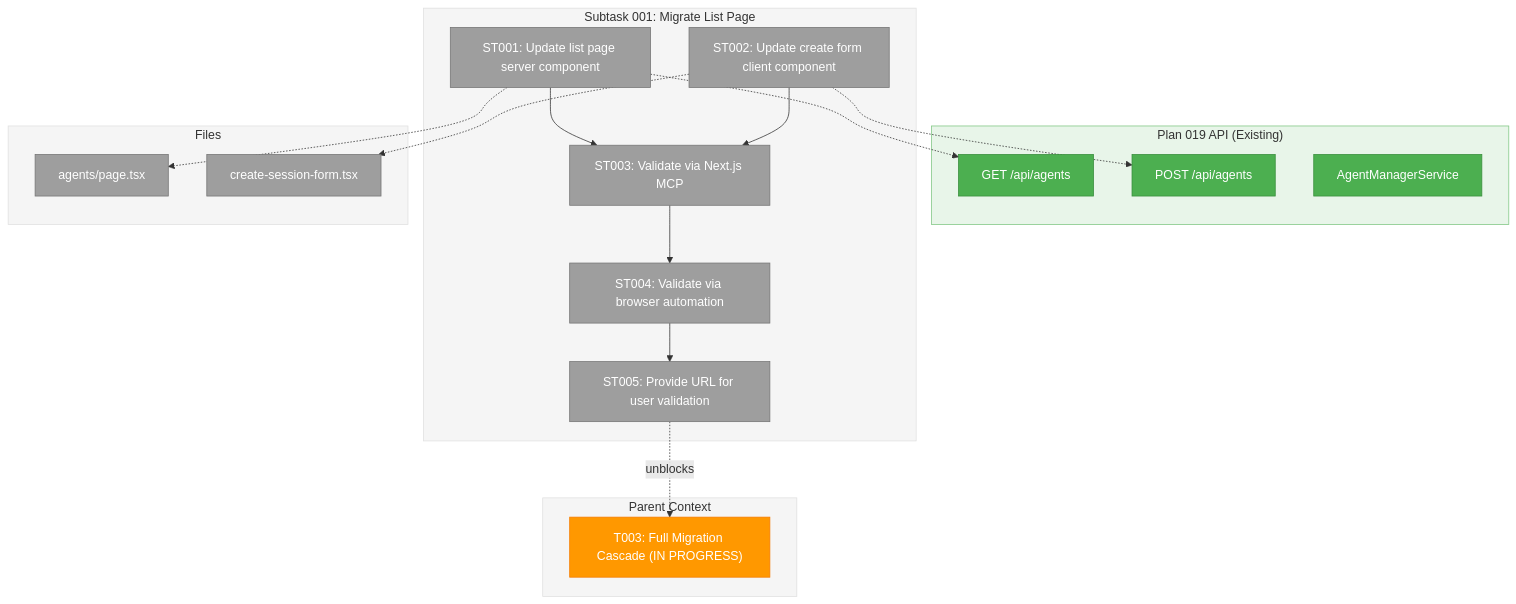
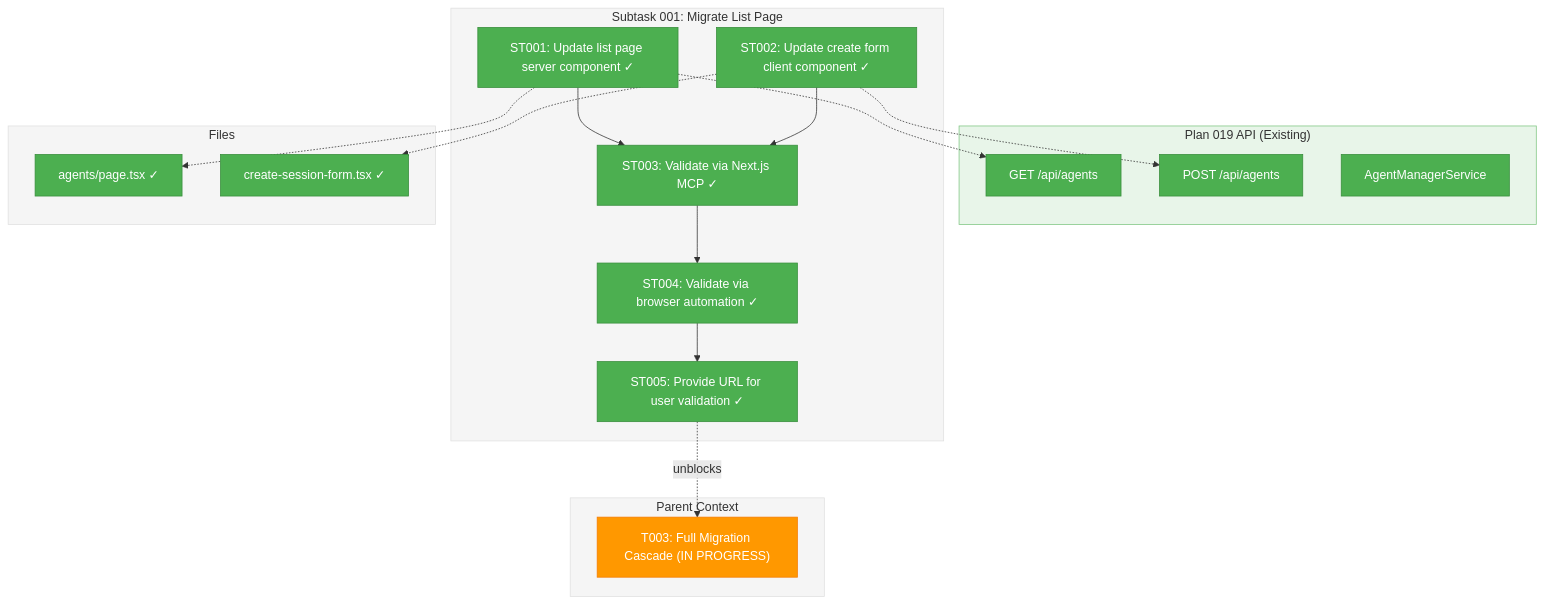
Before and after one commit to AI-Substrate/chainglass: the first of 2 diagrams in docs/plans/019-agent-manager-refactor/tasks/phase-5-consolidation-cleanup/001-subtask-migrate-agents-list-page.md, drawn with Mermaid. The commit also changed other lines of this file and 10 other files, not shown here.

First line of the commit message:
feat(019): Subtask 001 - Migrate agents list page to Plan 019

````diff
--- a/docs/plans/019-agent-manager-refactor/tasks/phase-5-consolidation-cleanup/001-subtask-migrate-agents-list-page.md
+++ b/docs/plans/019-agent-manager-refactor/tasks/phase-5-consolidation-cleanup/001-subtask-migrate-agents-list-page.md
@@ -84,46 +84,46 @@
 ```mermaid
 flowchart TD
     classDef pending fill:#9E9E9E,stroke:#757575,color:#fff
     classDef inprogress fill:#FF9800,stroke:#F57C00,color:#fff
     classDef completed fill:#4CAF50,stroke:#388E3C,color:#fff
     classDef blocked fill:#F44336,stroke:#D32F2F,color:#fff
 
     style Parent fill:#F5F5F5,stroke:#E0E0E0
     style Subtask fill:#F5F5F5,stroke:#E0E0E0
     style Files fill:#F5F5F5,stroke:#E0E0E0
     style API fill:#E8F5E9,stroke:#81C784
 
     subgraph Parent["Parent Context"]
         T003["T003: Full Migration Cascade (IN PROGRESS)"]:::inprogress
     end
 
     subgraph API["Plan 019 API (Existing)"]
         GET_API["GET /api/agents"]:::completed
         POST_API["POST /api/agents"]:::completed
         AMS["AgentManagerService"]:::completed
     end
 
     subgraph Subtask["Subtask 001: Migrate List Page"]
-        ST001["ST001: Update list page server component"]:::pending
-        ST002["ST002: Update create form client component"]:::pending
-        ST003["ST003: Validate via Next.js MCP"]:::pending
-        ST004["ST004: Validate via browser automation"]:::pending
-        ST005["ST005: Provide URL for user validation"]:::pending
+        ST001["ST001: Update list page server component ✓"]:::completed
+        ST002["ST002: Update create form client component ✓"]:::completed
+        ST003["ST003: Validate via Next.js MCP ✓"]:::completed
+        ST004["ST004: Validate via browser automation ✓"]:::completed
+        ST005["ST005: Provide URL for user validation ✓"]:::completed
 
         ST001 --> ST003
         ST002 --> ST003
         ST003 --> ST004
         ST004 --> ST005
     end
 
     subgraph Files["Files"]
-        F1["agents/page.tsx"]:::pending
-        F2["create-session-form.tsx"]:::pending
+        F1["agents/page.tsx ✓"]:::completed
+        F2["create-session-form.tsx ✓"]:::completed
     end
 
     ST001 -.-> F1
     ST001 -.-> GET_API
     ST002 -.-> F2
     ST002 -.-> POST_API
     ST005 -.->|unblocks| T003
 ```
````
